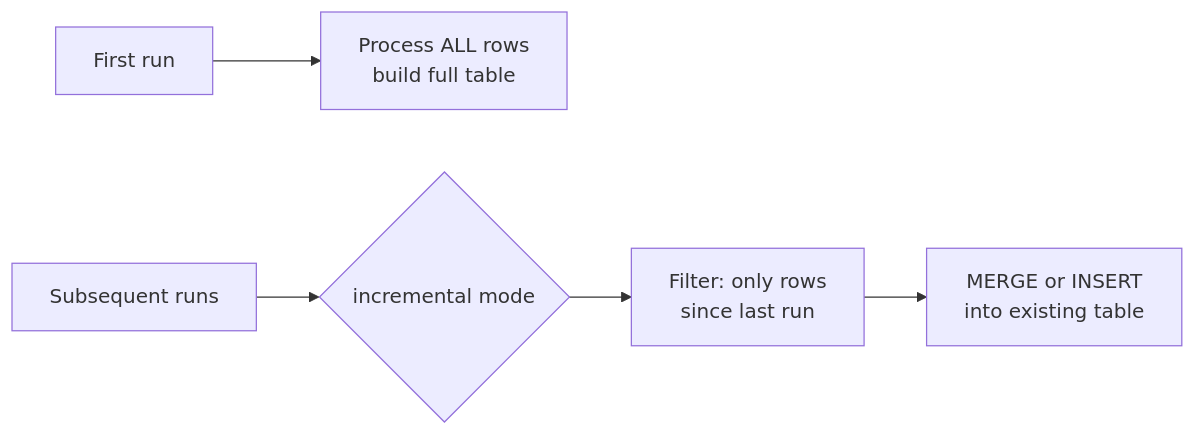
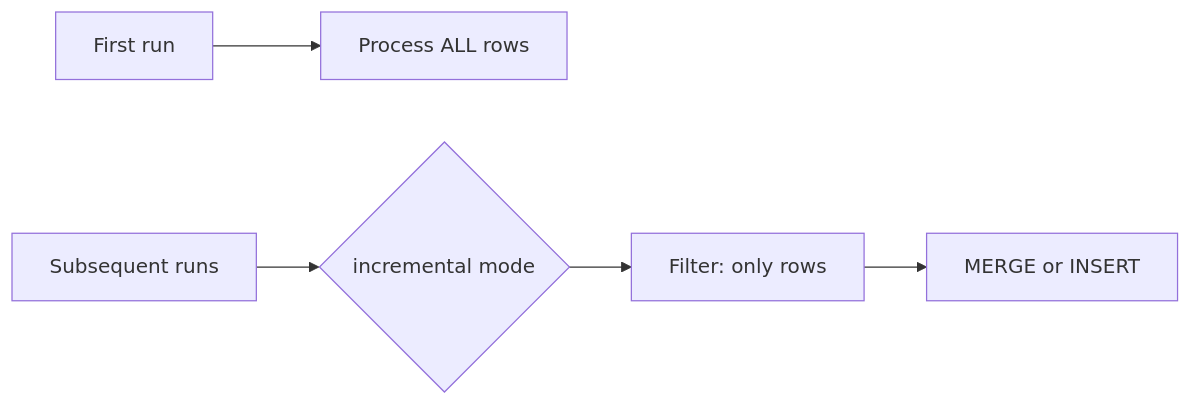
Before and after one commit to gcmishra7/data-engineering-helper: the diagram in 01-data-modeling/07-incremental-models.md, drawn with Mermaid. The commit also changed other lines of this file and 57 other files, not shown here.

First line of the commit message:
Shorten mermaid node labels to fix text truncation on GitHub

````diff
--- a/01-data-modeling/07-incremental-models.md
+++ b/01-data-modeling/07-incremental-models.md
@@ -8,7 +8,7 @@
 ```mermaid
 graph LR
-    A[First run] --> B[Process ALL rows<br/>build full table]
+    A[First run] --> B[Process ALL rows]
     C[Subsequent runs] --> D{incremental mode}
-    D --> E[Filter: only rows<br/>since last run]
-    E --> F[MERGE or INSERT<br/>into existing table]
+    D --> E[Filter: only rows]
+    E --> F[MERGE or INSERT]
 ```
````
